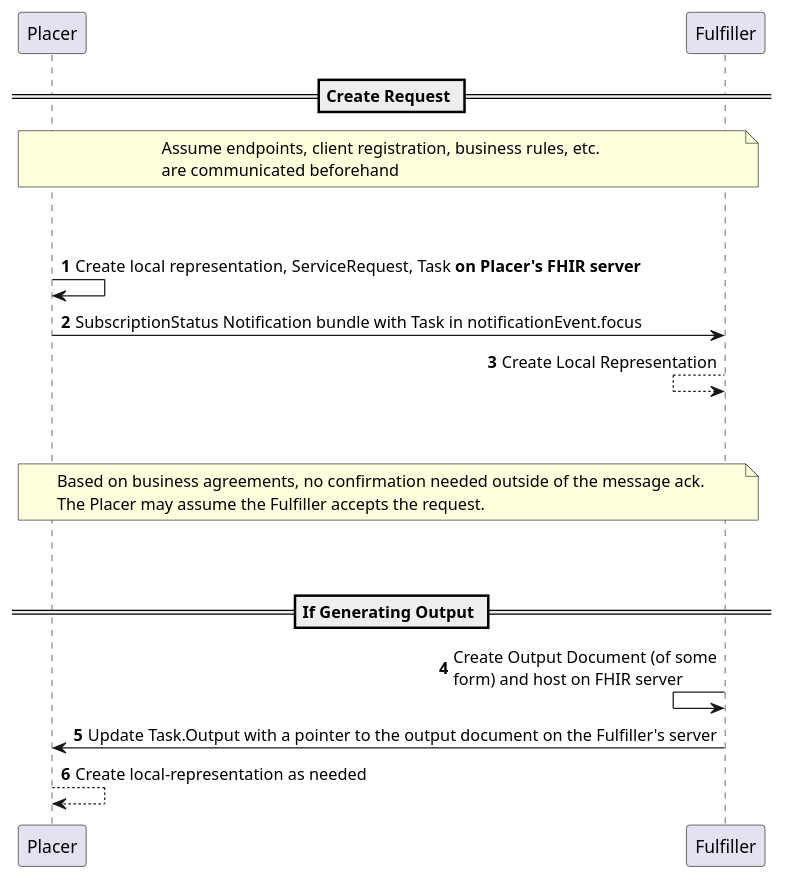
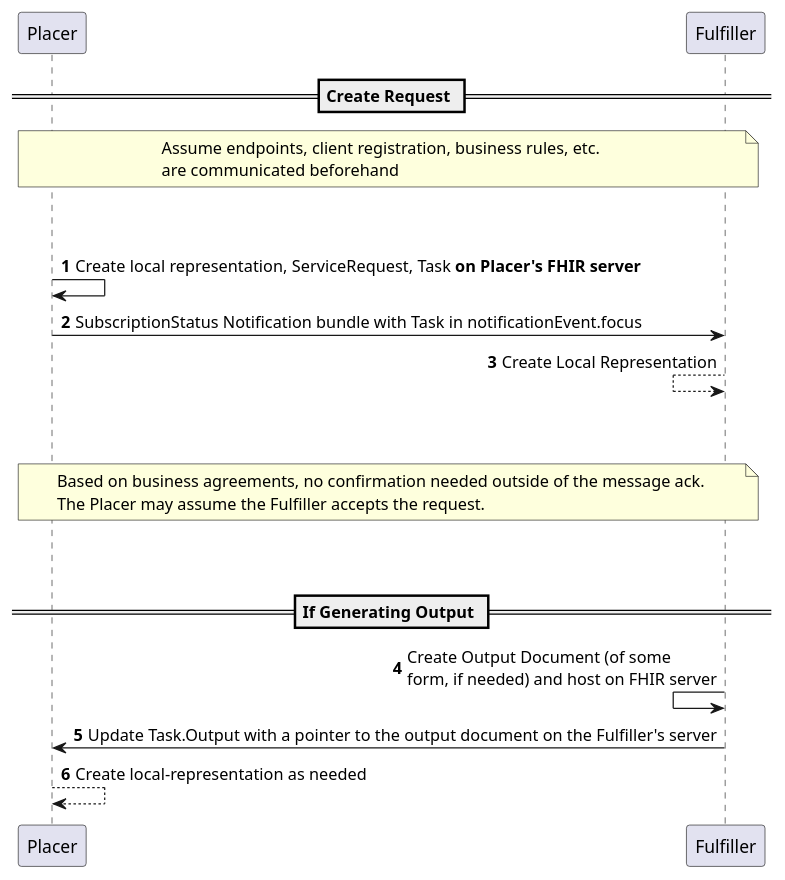
One commit to brianswinkels/fhir-cow-ig changed the diagram in input/images-source/subscriptions-no-decline-task-at-placer.plantuml. Above: the diagram before and after it, drawn with PlantUML.

```diff
--- a/input/images-source/subscriptions-no-decline-task-at-placer.plantuml
+++ b/input/images-source/subscriptions-no-decline-task-at-placer.plantuml
@@ -1,38 +1,38 @@
 @startuml
 
 'skinparam svgDimensionStyle false
 autonumber
 
 == Create Request ==
 
 note over Placer,Fulfiller
 Assume endpoints, client registration, business rules, etc. 
 are communicated beforehand
 end note
 
 ||45||
 
 Placer -> Placer : Create local representation, ServiceRequest, Task **on Placer's FHIR server**
 
 Placer -> Fulfiller : SubscriptionStatus Notification bundle with Task in notificationEvent.focus
 
 Fulfiller <-- Fulfiller: Create Local Representation
 
 ||45||
 
 note over Placer,Fulfiller
 Based on business agreements, no confirmation needed outside of the message ack. 
 The Placer may assume the Fulfiller accepts the request. 
 end note
 
 ||45||
 
 == If Generating Output == 
 
-Fulfiller <- Fulfiller : Create Output Document (of some\nform) and host on FHIR server
+Fulfiller <- Fulfiller : Create Output Document (of some\nform, if needed) and host on FHIR server
 
 Fulfiller -> Placer : Update Task.Output with a pointer to the output document on the Fulfiller's server
 
 Placer --> Placer : Create local-representation as needed
 
 @enduml
```
